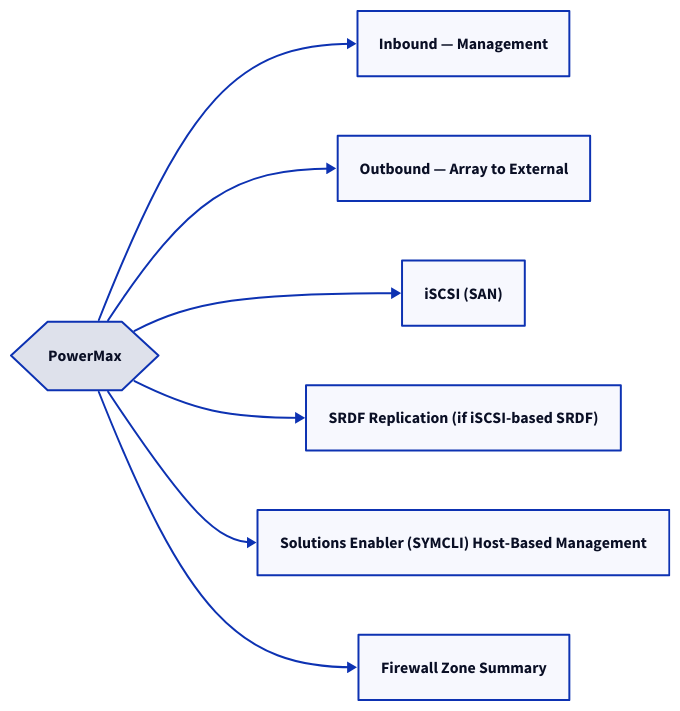
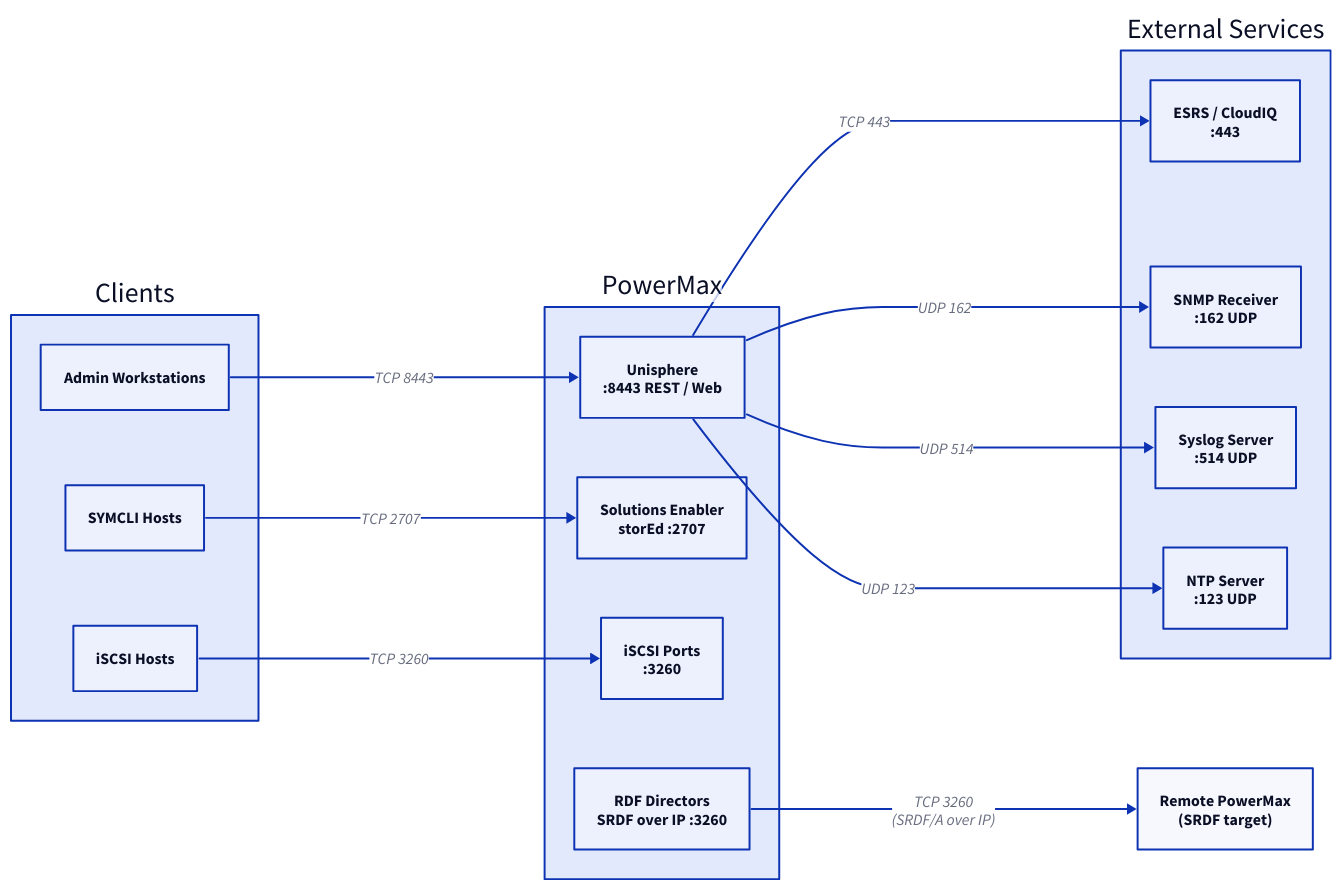
The diagram in docs/storage/dell/powermax/architecture/ports.md (canast01/chris-kb), drawn with D2 before and after one commit. The commit also changed 3393 other files, not shown here.

First line of the commit message:
Remove 2,800+ trivial D2 diagrams; refine PowerMax architecture; 41-check audit clean

````diff
--- a/docs/storage/dell/powermax/architecture/ports.md
+++ b/docs/storage/dell/powermax/architecture/ports.md
@@ -24,18 +24,34 @@
 ```d2
 direction: right
 
-center: "PowerMax" {shape: hexagon}
-inbound_management: "Inbound — Management" {shape: rectangle}
-outbound_array_to_external: "Outbound — Array to External" {shape: rectangle}
-iscsi_san: "iSCSI (SAN)" {shape: rectangle}
-srdf_replication_if_iscsibased_srdf: "SRDF Replication (if iSCSI-based SRDF)" {shape: rectangle}
-solutions_enabler_symcli_hostbased_m: "Solutions Enabler (SYMCLI) Host-Based Management" {shape: rectangle}
-firewall_zone_summary: "Firewall Zone Summary" {shape: rectangle}
+clients: Clients {
+  admin: Admin Workstations {shape: rectangle}
+  symcli: SYMCLI Hosts {shape: rectangle}
+  iscsi: iSCSI Hosts {shape: rectangle}
+}
 
-center -> inbound_management
-center -> outbound_array_to_external
-center -> iscsi_san
-center -> srdf_replication_if_iscsibased_srdf
-center -> solutions_enabler_symcli_hostbased_m
-center -> firewall_zone_summary
+powermax: PowerMax {
+  uni: Unisphere\n:8443 REST / Web {shape: rectangle}
+  stored: Solutions Enabler\nstorEd :2707 {shape: rectangle}
+  iscsi_port: iSCSI Ports\n:3260 {shape: rectangle}
+  rdf: RDF Directors\nSRDF over IP :3260 {shape: rectangle}
+}
+
+external: External Services {
+  esrs: ESRS / CloudIQ\n:443 {shape: rectangle}
+  snmp: SNMP Receiver\n:162 UDP {shape: rectangle}
+  syslog: Syslog Server\n:514 UDP {shape: rectangle}
+  ntp: NTP Server\n:123 UDP {shape: rectangle}
+}
+
+remote: Remote PowerMax\n(SRDF target) {shape: rectangle}
+
+clients.admin -> powermax.uni: TCP 8443
+clients.symcli -> powermax.stored: TCP 2707
+clients.iscsi -> powermax.iscsi_port: TCP 3260
+powermax.uni -> external.esrs: TCP 443
+powermax.uni -> external.snmp: UDP 162
+powermax.uni -> external.syslog: UDP 514
+powermax.uni -> external.ntp: UDP 123
+powermax.rdf -> remote: TCP 3260\n(SRDF/A over IP)
 ```
````
